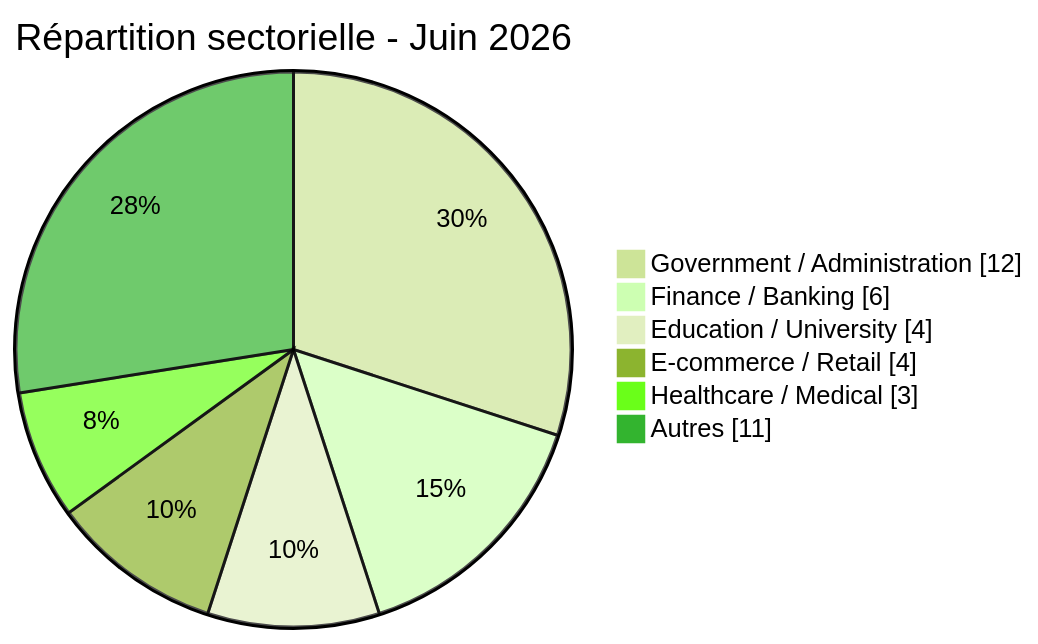
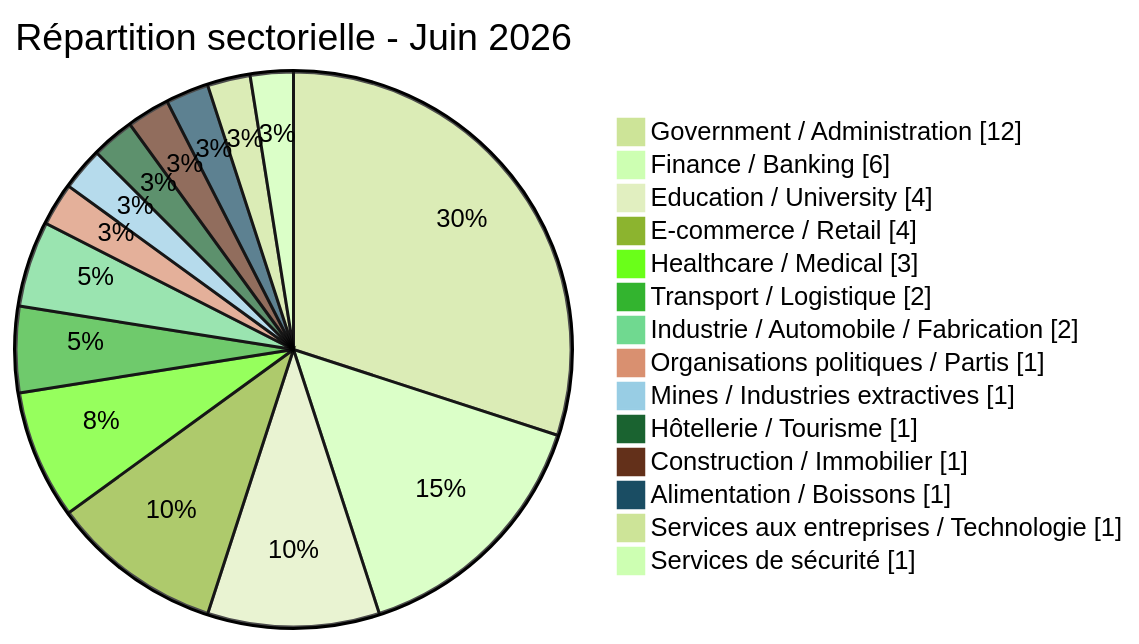
The third of 4 diagrams in CyberAttackAfrica/2026/06-june/README_FR.md (Hatchepsoute/AFRINTEL), drawn with Mermaid (forest theme) before and after one commit. The commit also changed other lines of this file and 39 other files, not shown here.

````diff
--- a/CyberAttackAfrica/2026/06-june/README_FR.md
+++ b/CyberAttackAfrica/2026/06-june/README_FR.md
@@ -214,10 +222,18 @@
 ```mermaid
 pie showData
  title Répartition sectorielle - Juin 2026
  "Government / Administration" : 12
  "Finance / Banking" : 6
  "Education / University" : 4
  "E-commerce / Retail" : 4
  "Healthcare / Medical" : 3
- "Autres" : 11
+ "Transport / Logistique" : 2
+ "Industrie / Automobile / Fabrication" : 2
+ "Organisations politiques / Partis" : 1
+ "Mines / Industries extractives" : 1
+ "Hôtellerie / Tourisme" : 1
+ "Construction / Immobilier" : 1
+ "Alimentation / Boissons" : 1
+ "Services aux entreprises / Technologie" : 1
+ "Services de sécurité" : 1
 ```
````
